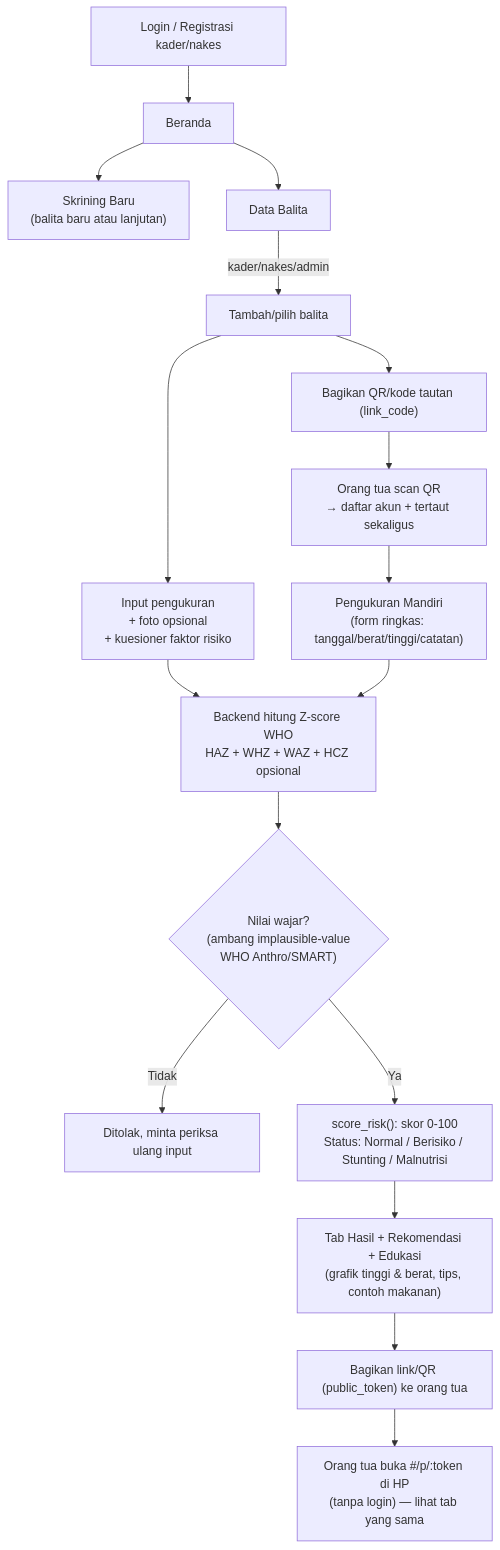
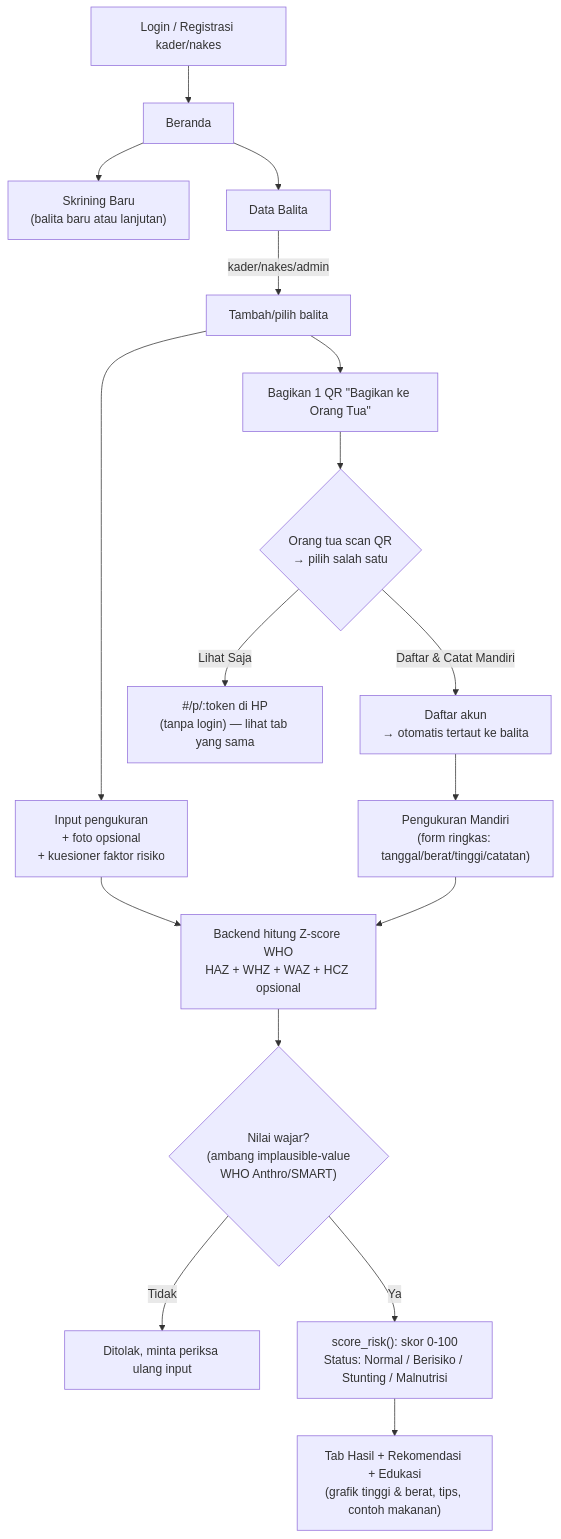
Before and after one commit to alfinalkhoiri/smartgrowth: the diagram in README.md, drawn with Mermaid. The commit also changed other lines of this file and 4 other files, not shown here.

First line of the commit message:
Offer "Lihat Saja" vs "Daftar & Catat Mandiri" after scanning the QR

````diff
--- a/README.md
+++ b/README.md
@@ -67,19 +65,19 @@
 ```mermaid
 flowchart TD
     A[Login / Registrasi kader/nakes] --> B[Beranda]
     B --> C["Skrining Baru<br/>(balita baru atau lanjutan)"]
     B --> D[Data Balita]
     D -->|kader/nakes/admin| E[Tambah/pilih balita]
     E --> F["Input pengukuran<br/>+ foto opsional<br/>+ kuesioner faktor risiko"]
     F --> G["Backend hitung Z-score WHO<br/>HAZ + WHZ + WAZ + HCZ opsional"]
     G --> H{"Nilai wajar?<br/>(ambang implausible-value<br/>WHO Anthro/SMART)"}
     H -->|Tidak| I[Ditolak, minta periksa ulang input]
     H -->|Ya| J["score_risk(): skor 0-100<br/>Status: Normal / Berisiko / Stunting / Malnutrisi"]
     J --> K["Tab Hasil + Rekomendasi + Edukasi<br/>(grafik tinggi & berat, tips, contoh makanan)"]
-    K --> L["Bagikan link/QR (public_token) ke orang tua"]
-    L --> M["Orang tua buka #/p/:token di HP<br/>(tanpa login) — lihat tab yang sama"]
-    E --> N["Bagikan QR/kode tautan (link_code)"]
-    N --> O["Orang tua scan QR<br/>→ daftar akun + tertaut sekaligus"]
+    E --> L["Bagikan 1 QR &quot;Bagikan ke Orang Tua&quot;"]
+    L --> M{"Orang tua scan QR<br/>→ pilih salah satu"}
+    M -->|Lihat Saja| N["#/p/:token di HP<br/>(tanpa login) — lihat tab yang sama"]
+    M -->|Daftar & Catat Mandiri| O["Daftar akun<br/>→ otomatis tertaut ke balita"]
     O --> P["Pengukuran Mandiri<br/>(form ringkas: tanggal/berat/tinggi/catatan)"]
     P --> G
 ```
````
